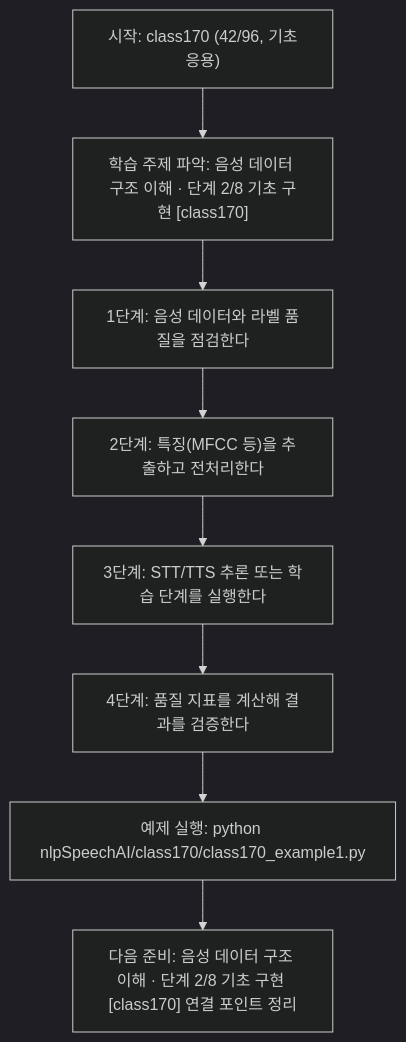
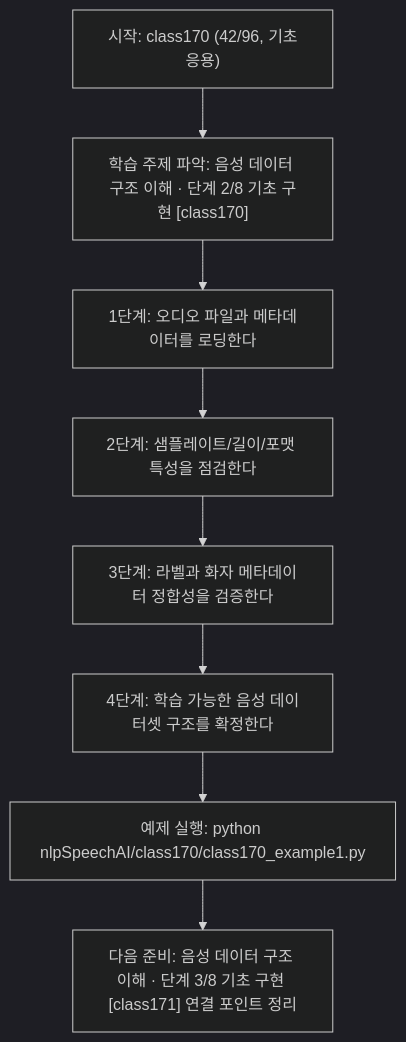
Before and after one commit to edumgt/Python-AI_Agent-Class: the diagram in nlpSpeechAI/class170/class170.md, drawn with Mermaid (dark theme). The commit also changed other lines of this file and 1122 other files, not shown here.

````diff
--- a/nlpSpeechAI/class170/class170.md
+++ b/nlpSpeechAI/class170/class170.md
@@ -115,18 +95,18 @@
 ```mermaid
 flowchart TD
 N1["시작: class170 (42/96, 기초응용)"]
 N2["학습 주제 파악: 음성 데이터 구조 이해 · 단계 2/8 기초 구현 [class170]"]
-N3["1단계: 음성 데이터와 라벨 품질을 점검한다"]
-N4["2단계: 특징(MFCC 등)을 추출하고 전처리한다"]
-N5["3단계: STT/TTS 추론 또는 학습 단계를 실행한다"]
-N6["4단계: 품질 지표를 계산해 결과를 검증한다"]
+N3["1단계: 오디오 파일과 메타데이터를 로딩한다"]
+N4["2단계: 샘플레이트/길이/포맷 특성을 점검한다"]
+N5["3단계: 라벨과 화자 메타데이터 정합성을 검증한다"]
+N6["4단계: 학습 가능한 음성 데이터셋 구조를 확정한다"]
 N7["예제 실행: python nlpSpeechAI/class170/class170_example1.py"]
-N8["다음 준비: 음성 데이터 구조 이해 · 단계 2/8 기초 구현 [class170] 연결 포인트 정리"]
+N8["다음 준비: 음성 데이터 구조 이해 · 단계 3/8 기초 구현 [class171] 연결 포인트 정리"]
 N1 --> N2
 N2 --> N3
 N3 --> N4
 N4 --> N5
 N5 --> N6
 N6 --> N7
 N7 --> N8
 ```
````
